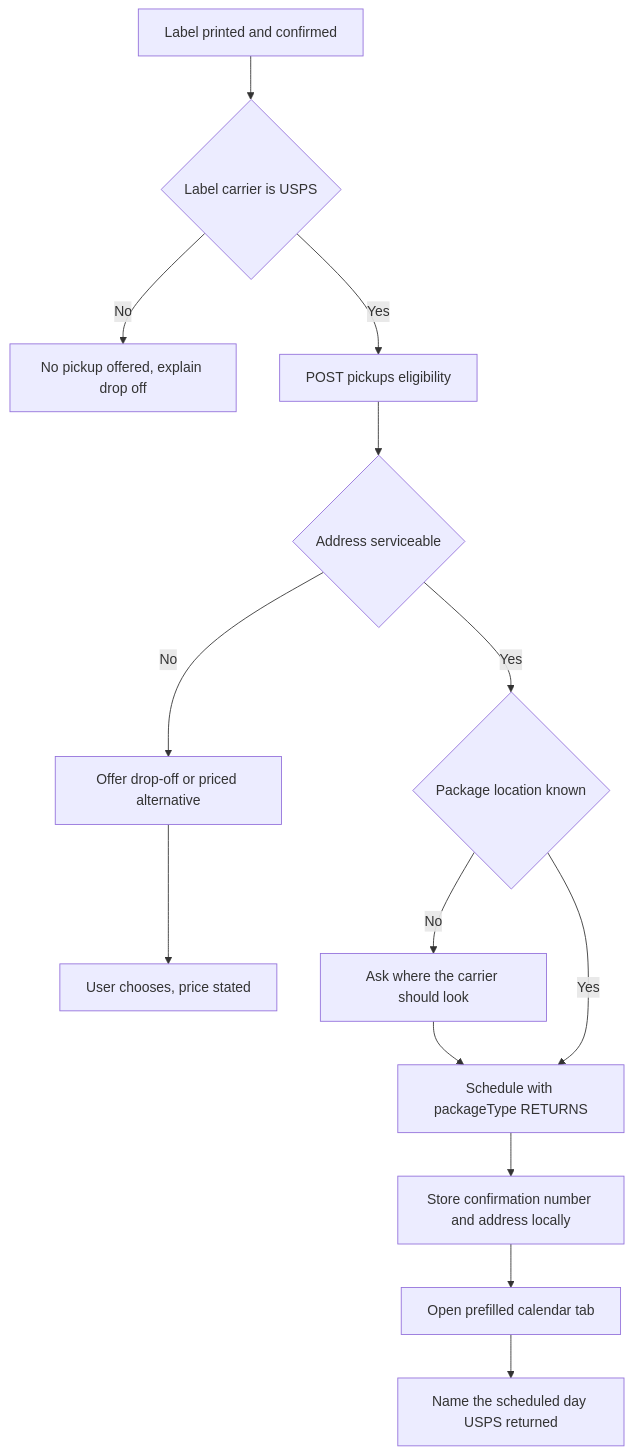
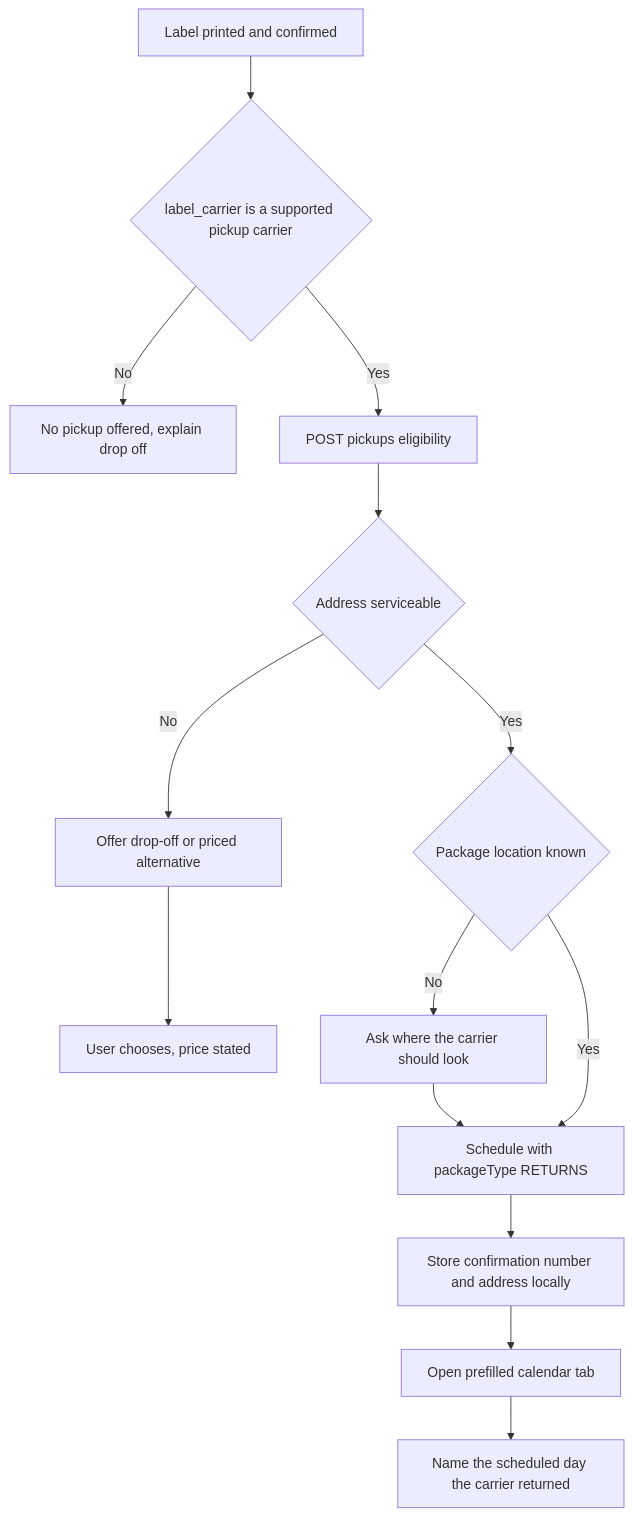
Before and after one commit to jacklvd/boomerang: the fourth of 7 diagrams in design/boomerang-requirements.md, drawn with Mermaid. The commit also changed other lines of this file and 63 other files, not shown here.

Commit message:
retailer-flow spike documentation + retargeted workflow

````diff
--- a/design/boomerang-requirements.md
+++ b/design/boomerang-requirements.md
@@ -721,16 +783,16 @@
 ```mermaid
 flowchart TD
-    A["Label printed and confirmed"] --> A2{"Label carrier is USPS"}
+    A["Label printed and confirmed"] --> A2{"label_carrier is a supported pickup carrier"}
     A2 -- "No" --> A3["No pickup offered, explain drop off"]
     A2 -- "Yes" --> B["POST pickups eligibility"]
     B --> C{"Address serviceable"}
     C -- "No" --> D["Offer drop-off or priced alternative"]
     D --> E["User chooses, price stated"]
     C -- "Yes" --> F{"Package location known"}
     F -- "No" --> F2["Ask where the carrier should look"]
     F2 --> H
     F -- "Yes" --> H["Schedule with packageType RETURNS"]
     H --> I["Store confirmation number and address locally"]
     I --> J["Open prefilled calendar tab"]
-    J --> K["Name the scheduled day USPS returned"]
+    J --> K["Name the scheduled day the carrier returned"]
 ```
````
